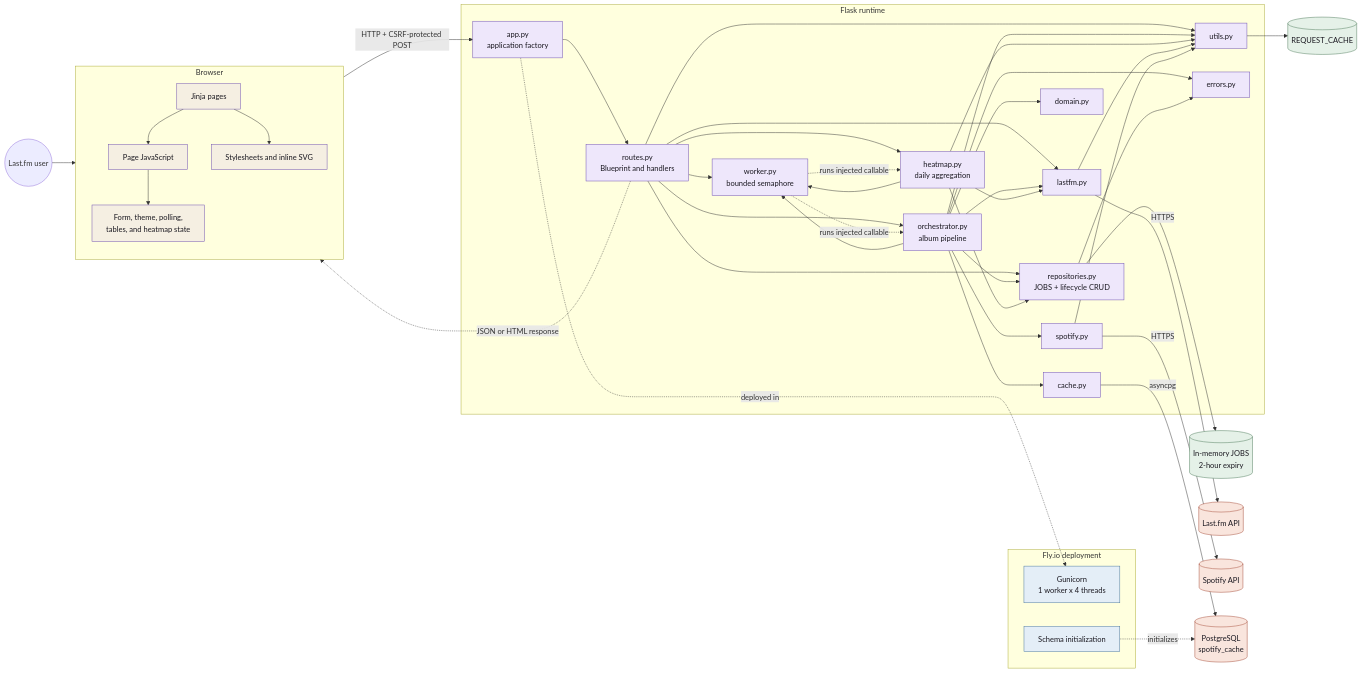
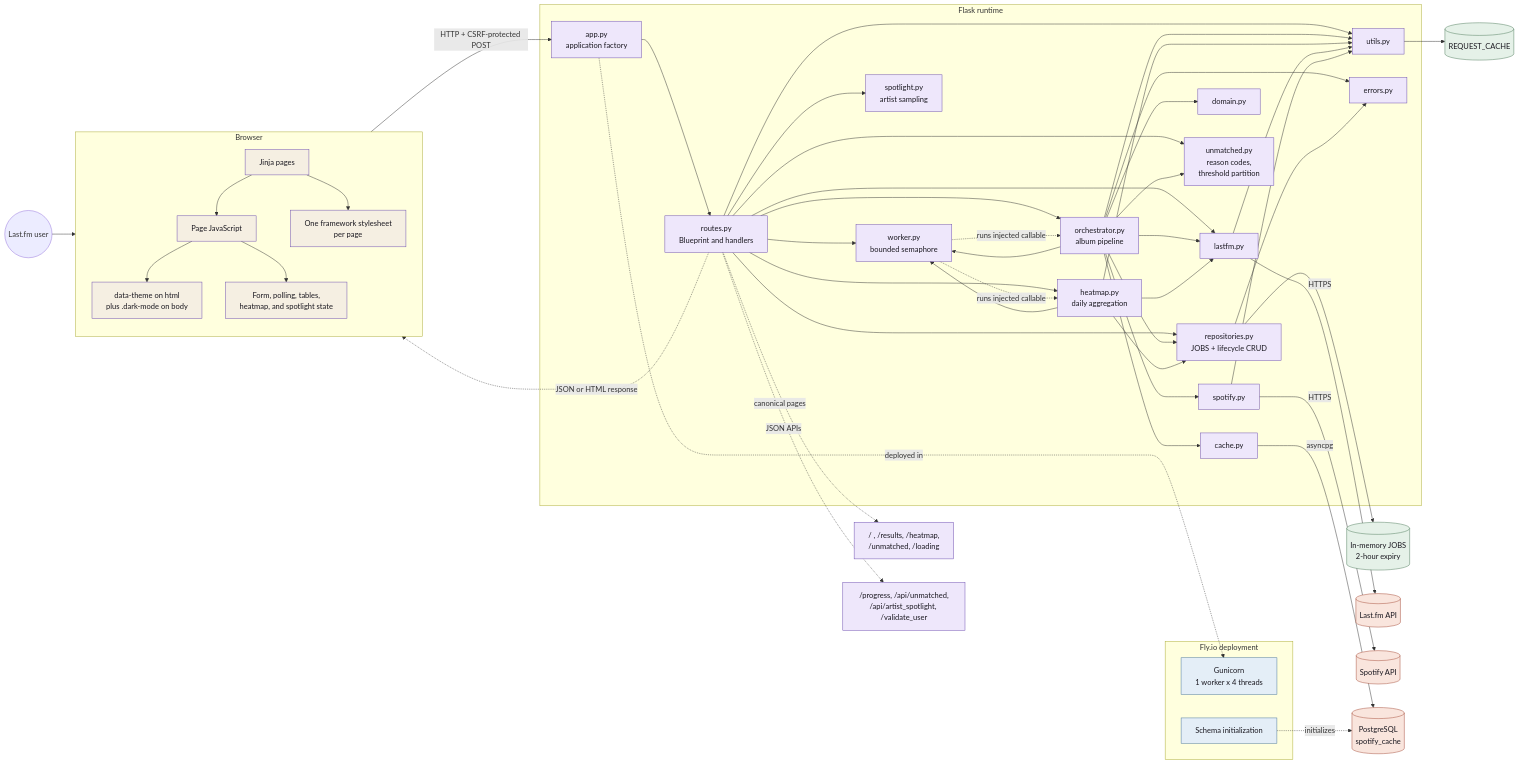
One commit to pterw/ScrobbleScope changed the diagram in docs/architecture/runtime-system.md. Above: the diagram before and after it, drawn with Mermaid. The commit also changed other lines of this file and 7 other files, not shown here.

First line of the commit message:
docs(architecture): Land the rebuild and fix a stale range

```diff
--- a/docs/architecture/runtime-system.md
+++ b/docs/architecture/runtime-system.md
@@ -11,10 +11,12 @@
     subgraph Browser[Browser]
         Templates[Jinja pages]
         JS[Page JavaScript]
-        CSS[Stylesheets and inline SVG]
-        BrowserState[Form, theme, polling,<br/>tables, and heatmap state]
+        CSS[One framework stylesheet<br/>per page]
+        Theme[data-theme on html<br/>plus .dark-mode on body]
+        BrowserState[Form, polling, tables,<br/>heatmap, and spotlight state]
         Templates --> JS
         Templates --> CSS
+        JS --> Theme
         JS --> BrowserState
     end
 
@@ -33,6 +35,8 @@
         Utils[utils.py]
         Domain[domain.py]
         Errors[errors.py]
+        Spotlight[spotlight.py<br/>artist sampling]
+        Unmatched[unmatched.py<br/>reason codes,<br/>threshold partition]
     end
 
     App --> Routes
@@ -42,6 +46,8 @@
     Routes --> Heatmap
     Routes --> LastFMClient
     Routes --> Utils
+    Routes --> Spotlight
+    Routes --> Unmatched
     Album --> Worker
     Album --> LastFMClient
     Album --> SpotifyClient
@@ -50,6 +56,7 @@
     Album --> Repo
     Album --> Utils
     Album --> Errors
+    Album --> Unmatched
     Heatmap --> Worker
     Heatmap --> LastFMClient
     Heatmap --> Repo
@@ -61,6 +68,8 @@
     Worker -.->|runs injected callable| Album
     Worker -.->|runs injected callable| Heatmap
     Routes -.->|JSON or HTML response| Browser
+    Routes -.->|canonical pages| Pages["/ , /results, /heatmap,<br/>/unmatched, /loading"]
+    Routes -.->|JSON APIs| APIs["/progress, /api/unmatched,<br/>/api/artist_spotlight, /validate_user"]
 
     Repo --> Jobs[(In-memory JOBS<br/>2-hour expiry)]
     Utils --> RequestCache[(REQUEST_CACHE)]
@@ -80,8 +89,9 @@
     classDef state fill:#e5f1e8,stroke:#4d7a5a,color:#1a1820
     classDef external fill:#f9e5dd,stroke:#a64b39,color:#1a1820
     classDef deploy fill:#e4eef7,stroke:#46739b,color:#1a1820
-    class Templates,JS,CSS,BrowserState browser
-    class App,Routes,Worker,Repo,Album,Heatmap,LastFMClient,SpotifyClient,Cache,Utils,Domain,Errors runtime
+    class Templates,JS,CSS,Theme,BrowserState browser
+    class App,Routes,Worker,Repo,Album,Heatmap,Spotlight,Unmatched,LastFMClient,SpotifyClient,Cache,Utils,Domain,Errors runtime
+    class Pages,APIs runtime
     class Jobs,RequestCache state
     class LastFMAPI,SpotifyAPI,Postgres external
     class Gunicorn,Release deploy
```
